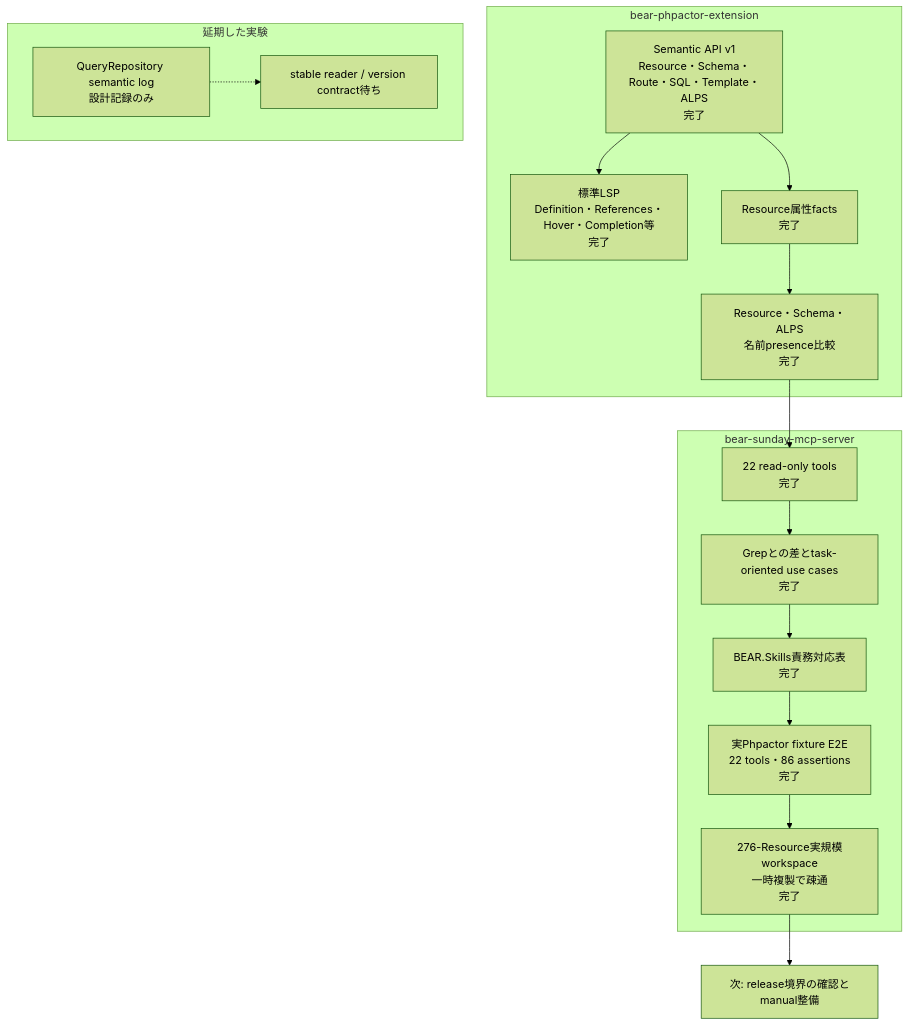
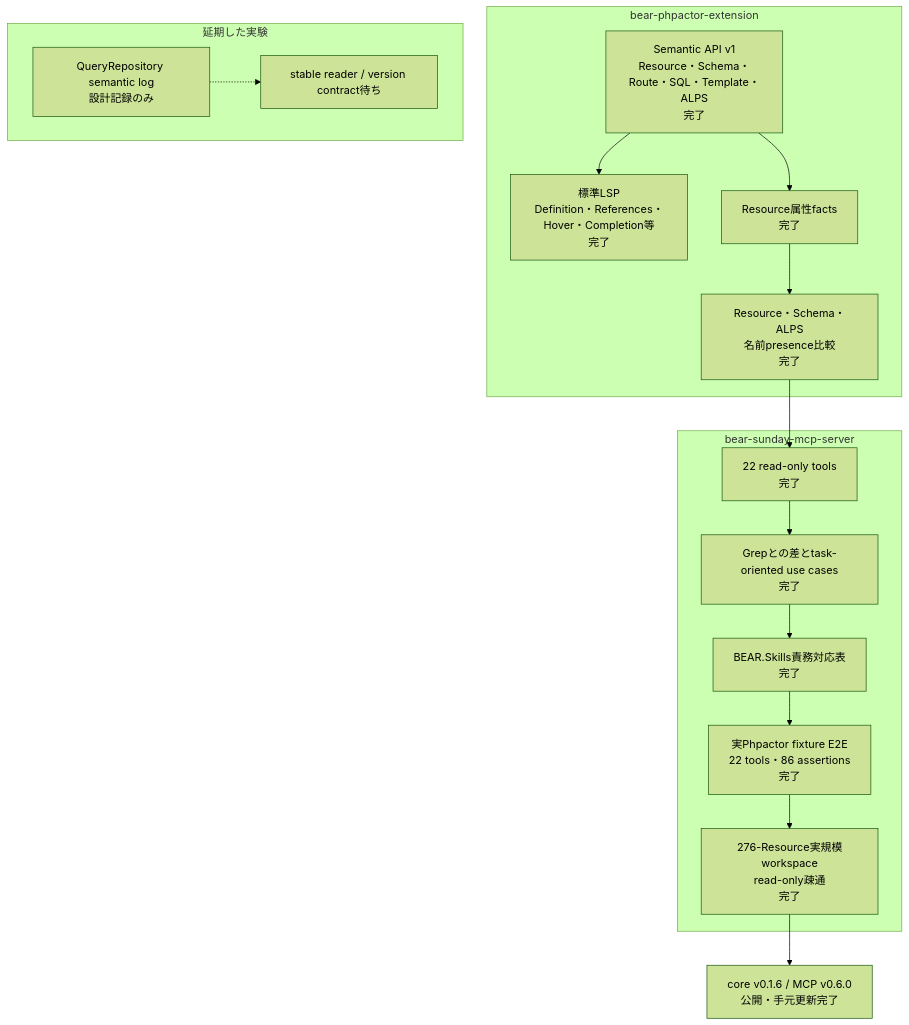
One commit to suzumaze/bear-sunday-mcp-server changed the diagram in docs/project-status.ja.md. Above: the diagram before and after it, drawn with Mermaid (forest theme). The commit also changed other lines of this file and 5 other files, not shown here.

````diff
--- a/docs/project-status.ja.md
+++ b/docs/project-status.ja.md
@@ -5,30 +8,30 @@
 ```mermaid
 flowchart TB
     subgraph Core["bear-phpactor-extension"]
         C1["Semantic API v1<br/>Resource・Schema・Route・SQL・Template・ALPS<br/>完了"]
         C2["標準LSP<br/>Definition・References・Hover・Completion等<br/>完了"]
         C3["Resource属性facts<br/>完了"]
         C4["Resource・Schema・ALPS<br/>名前presence比較<br/>完了"]
         C1 --> C2
         C1 --> C3 --> C4
     end
 
     subgraph MCP["bear-sunday-mcp-server"]
         M1["22 read-only tools<br/>完了"]
         M2["Grepとの差とtask-oriented use cases<br/>完了"]
         M3["BEAR.Skills責務対応表<br/>完了"]
         M4["実Phpactor fixture E2E<br/>22 tools・86 assertions<br/>完了"]
-        M5["276-Resource実規模workspace<br/>一時複製で疎通<br/>完了"]
+        M5["276-Resource実規模workspace<br/>read-only疎通<br/>完了"]
         M1 --> M2 --> M3 --> M4 --> M5
     end
 
     C4 --> M1
 
     subgraph Deferred["延期した実験"]
         D1["QueryRepository semantic log<br/>設計記録のみ"]
         D2["stable reader / version contract待ち"]
         D1 -.-> D2
     end
 
-    M5 --> R1["次: release境界の確認とmanual整備"]
+    M5 --> R1["core v0.1.6 / MCP v0.6.0<br/>公開・手元更新完了"]
 ```
````
